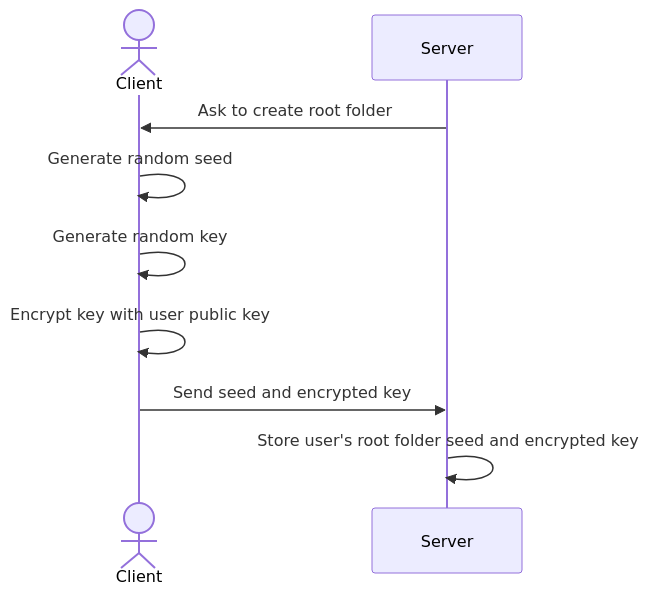
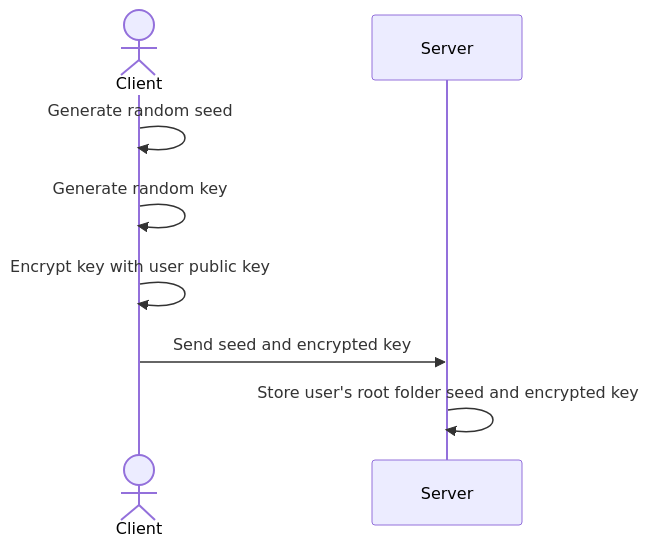
The diagram in doc/project_mermaid/create_root_folder.mmd (DACC4/effective-octo-system), drawn with Mermaid before and after one commit. The commit also changed 5 other files, not shown here.

Commit message:
Create root folder at user registration

```diff
--- a/doc/project_mermaid/create_root_folder.mmd
+++ b/doc/project_mermaid/create_root_folder.mmd
@@ -1,14 +1,12 @@
 sequenceDiagram
     actor C as Client
     participant S as Server
-
-    S->>C: Ask to create root folder
 
     C->>C: Generate random seed
     C->>C: Generate random key
 
     C->>C: Encrypt key with user public key
 
     C->>S: Send seed and encrypted key
 
     S->>S: Store user's root folder seed and encrypted key
```
